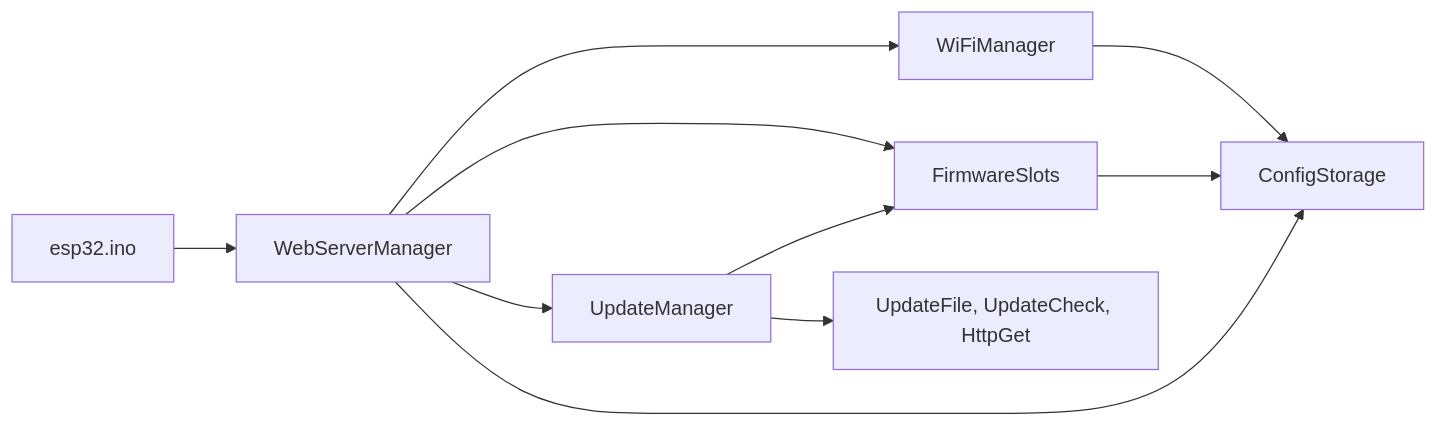
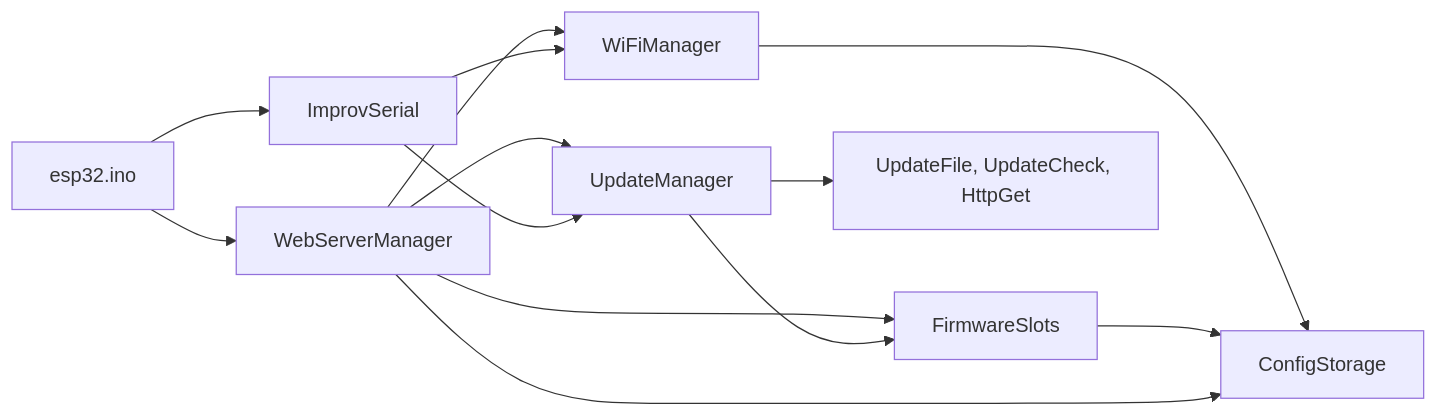
One commit to AssadAnabosi/WiFi-Onboarding-ESP changed the first of 2 diagrams in docs/architecture.md. Above: the diagram before and after it, drawn with Mermaid. The commit also changed other lines of this file and 20 other files, not shown here.

````diff
--- a/docs/architecture.md
+++ b/docs/architecture.md
@@ -29,12 +30,15 @@
 ```mermaid
 flowchart LR
     ino["esp32.ino"] --> web["WebServerManager"]
     web --> wifi["WiFiManager"]
     web --> updates["UpdateManager"]
     web --> slots["FirmwareSlots"]
     updates --> slots
     updates --> file["UpdateFile, UpdateCheck, HttpGet"]
     wifi --> storage["ConfigStorage"]
     slots --> storage
     web --> storage
+    ino --> improv["ImprovSerial"]
+    improv --> wifi
+    improv --> updates
 ```
````
